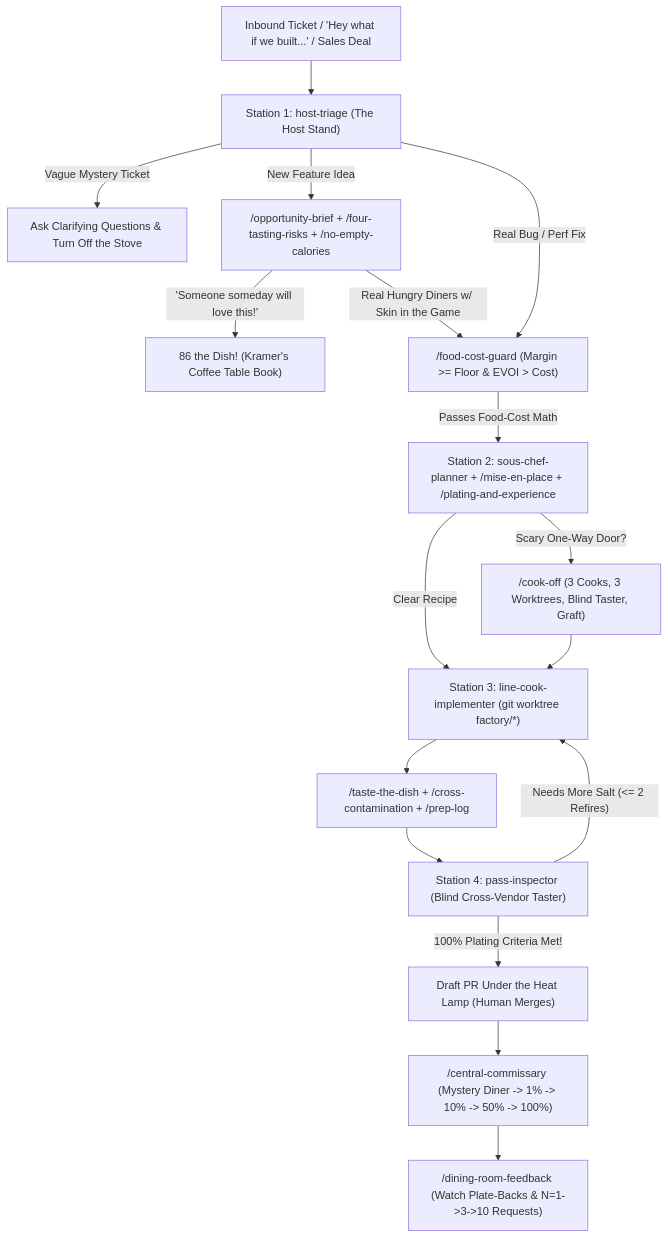
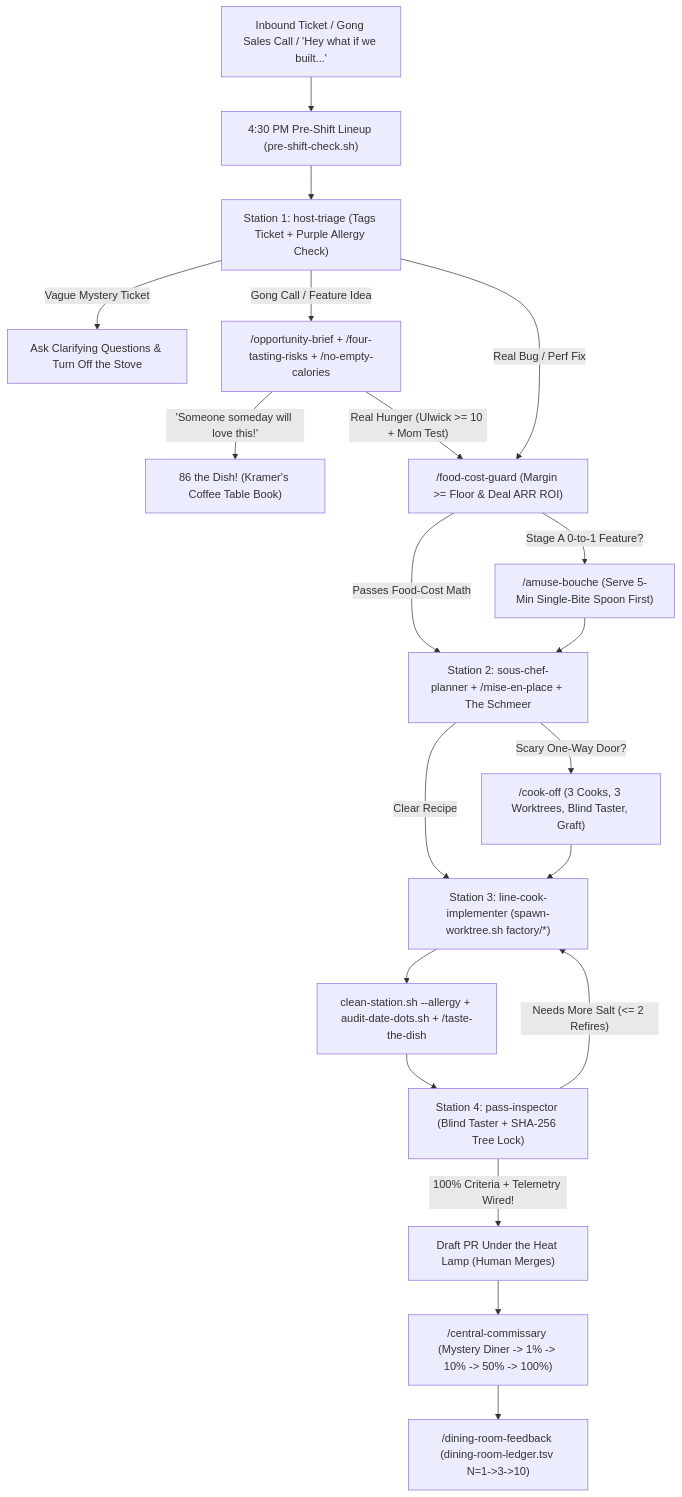
Before and after one commit to agronomist/principled-product-factory: the diagram in README.md, drawn with Mermaid. The commit also changed other lines of this file and 2 other files, not shown here.

Commit message:
Update README and plugin About description with 5 front-of-house commands, Gong call workflow, and The Schmeer

````diff
--- a/README.md
+++ b/README.md
@@ -56,19 +59,22 @@
 ```mermaid
 flowchart TD
-    Intake["Inbound Ticket / 'Hey what if we built...' / Sales Deal"] --> Host["Station 1: host-triage (The Host Stand)"]
+    Intake["Inbound Ticket / Gong Sales Call / 'Hey what if we built...'"] --> Lineup["4:30 PM Pre-Shift Lineup (pre-shift-check.sh)"]
+    Lineup --> Host["Station 1: host-triage (Tags Ticket + Purple Allergy Check)"]
     Host -- "Vague Mystery Ticket" --> Ask["Ask Clarifying Questions & Turn Off the Stove"]
-    Host -- "New Feature Idea" --> ValueGate["/opportunity-brief + /four-tasting-risks + /no-empty-calories"]
+    Host -- "Gong Call / Feature Idea" --> ValueGate["/opportunity-brief + /four-tasting-risks + /no-empty-calories"]
     ValueGate -- "'Someone someday will love this!'" --> EightySix["86 the Dish! (Kramer's Coffee Table Book)"]
-    ValueGate -- "Real Hungry Diners w/ Skin in the Game" --> CostGate["/food-cost-guard (Margin >= Floor & EVOI > Cost)"]
+    ValueGate -- "Real Hunger (Ulwick >= 10 + Mom Test)" --> CostGate["/food-cost-guard (Margin >= Floor & Deal ARR ROI)"]
     Host -- "Real Bug / Perf Fix" --> CostGate
-    CostGate -- "Passes Food-Cost Math" --> Sous["Station 2: sous-chef-planner + /mise-en-place + /plating-and-experience"]
+    CostGate -- "Stage A 0-to-1 Feature?" --> Amuse["/amuse-bouche (Serve 5-Min Single-Bite Spoon First)"]
+    CostGate -- "Passes Food-Cost Math" --> Sous["Station 2: sous-chef-planner + /mise-en-place + The Schmeer"]
+    Amuse --> Sous
     Sous -- "Scary One-Way Door?" --> CookOff["/cook-off (3 Cooks, 3 Worktrees, Blind Taster, Graft)"]
-    Sous -- "Clear Recipe" --> LineCook["Station 3: line-cook-implementer (git worktree factory/*)"]
+    Sous -- "Clear Recipe" --> LineCook["Station 3: line-cook-implementer (spawn-worktree.sh factory/*)"]
     CookOff --> LineCook
-    LineCook --> Taste["/taste-the-dish + /cross-contamination + /prep-log"]
-    Taste --> Pass["Station 4: pass-inspector (Blind Cross-Vendor Taster)"]
+    LineCook --> Sanitize["clean-station.sh --allergy + audit-date-dots.sh + /taste-the-dish"]
+    Sanitize --> Pass["Station 4: pass-inspector (Blind Taster + SHA-256 Tree Lock)"]
     Pass -- "Needs More Salt (<= 2 Refires)" --> LineCook
-    Pass -- "100% Plating Criteria Met!" --> DraftPR["Draft PR Under the Heat Lamp (Human Merges)"]
+    Pass -- "100% Criteria + Telemetry Wired!" --> DraftPR["Draft PR Under the Heat Lamp (Human Merges)"]
     DraftPR --> FirstTables["/central-commissary (Mystery Diner -> 1% -> 10% -> 50% -> 100%)"]
-    FirstTables --> Flywheel["/dining-room-feedback (Watch Plate-Backs & N=1->3->10 Requests)"]
+    FirstTables --> Flywheel["/dining-room-feedback (dining-room-ledger.tsv N=1->3->10)"]
 ```
````
